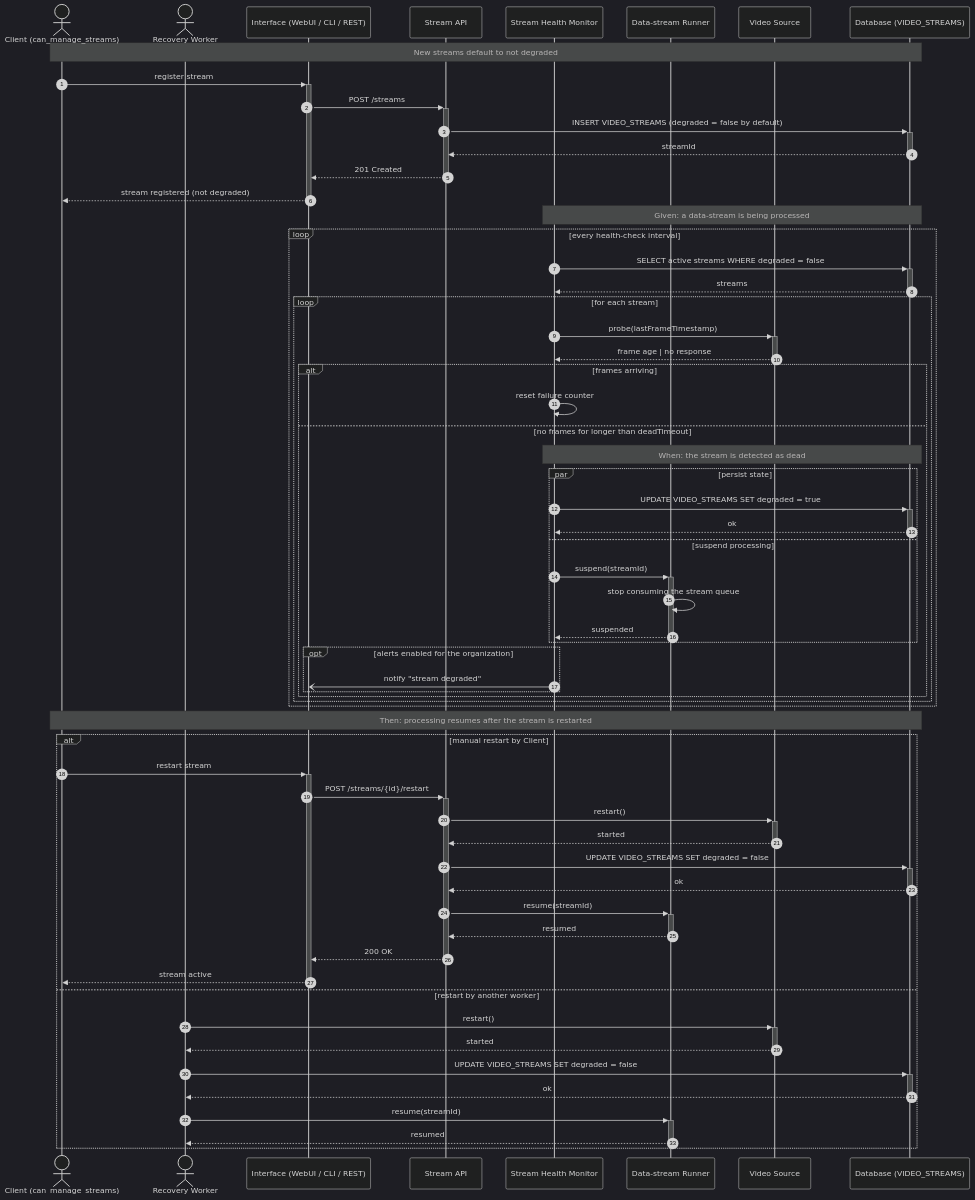
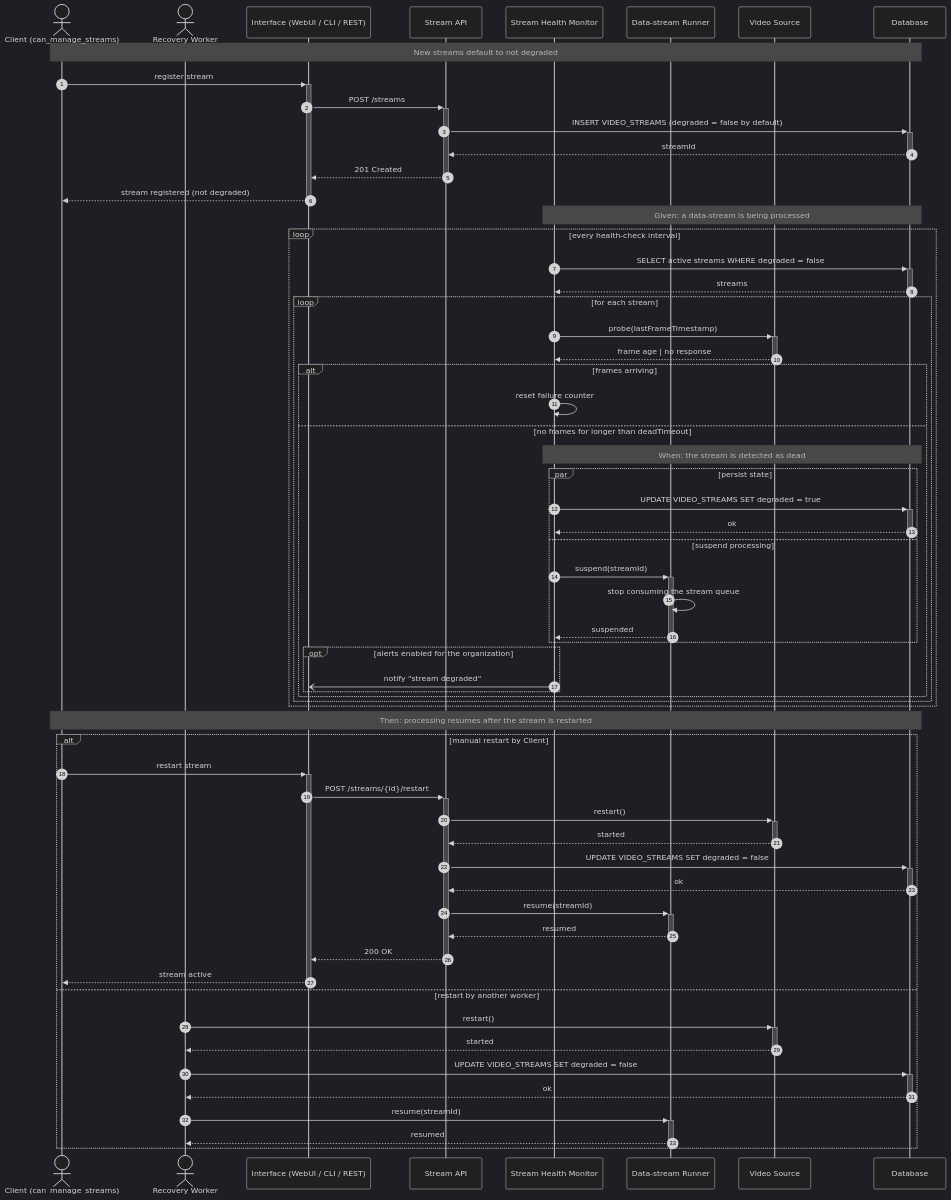
Before and after one commit to yeghor/FICE-KPI-Labs: the second of 7 diagrams in lab-3/Sequence-diagrams.md, drawn with Mermaid (dark theme). The commit also changed other lines of this file and 1 other file, not shown here.

````diff
--- a/lab-3/Sequence-diagrams.md
+++ b/lab-3/Sequence-diagrams.md
@@ -69,67 +69,67 @@
 ```mermaid
 sequenceDiagram
     autonumber
     actor Client as Client (can_manage_streams)
     actor Worker as Recovery Worker
     participant UI as Interface (WebUI / CLI / REST)
     participant API as Stream API
     participant Mon as Stream Health Monitor
     participant Runner as Data-stream Runner
     participant Src as Video Source
-    participant DB as Database (VIDEO_STREAMS)
+    participant DB as Database
 
     Note over Client,DB: New streams default to not degraded
     Client->>+UI: register stream
     UI->>+API: POST /streams
     API->>+DB: INSERT VIDEO_STREAMS (degraded = false by default)
     DB-->>-API: streamId
     API-->>-UI: 201 Created
     UI-->>-Client: stream registered (not degraded)
 
     Note over Mon,DB: Given: a data-stream is being processed
     loop every health-check interval
         Mon->>+DB: SELECT active streams WHERE degraded = false
         DB-->>-Mon: streams
         loop for each stream
             Mon->>+Src: probe(lastFrameTimestamp)
             Src-->>-Mon: frame age | no response
             alt frames arriving
                 Mon->>Mon: reset failure counter
             else no frames for longer than deadTimeout
                 Note over Mon,DB: When: the stream is detected as dead
                 par persist state
                     Mon->>+DB: UPDATE VIDEO_STREAMS SET degraded = true
                     DB-->>-Mon: ok
                 and suspend processing
                     Mon->>+Runner: suspend(streamId)
                     Runner->>Runner: stop consuming the stream queue
                     Runner-->>-Mon: suspended
                 end
                 opt alerts enabled for the organization
                     Mon-)UI: notify "stream degraded"
                 end
             end
         end
     end
 
     Note over Client,DB: Then: processing resumes after the stream is restarted
     alt manual restart by Client
         Client->>+UI: restart stream
         UI->>+API: POST /streams/{id}/restart
         API->>+Src: restart()
         Src-->>-API: started
         API->>+DB: UPDATE VIDEO_STREAMS SET degraded = false
         DB-->>-API: ok
         API->>+Runner: resume(streamId)
         Runner-->>-API: resumed
         API-->>-UI: 200 OK
         UI-->>-Client: stream active
     else restart by another worker
         Worker->>+Src: restart()
         Src-->>-Worker: started
         Worker->>+DB: UPDATE VIDEO_STREAMS SET degraded = false
         DB-->>-Worker: ok
         Worker->>+Runner: resume(streamId)
         Runner-->>-Worker: resumed
     end
 ```
````
